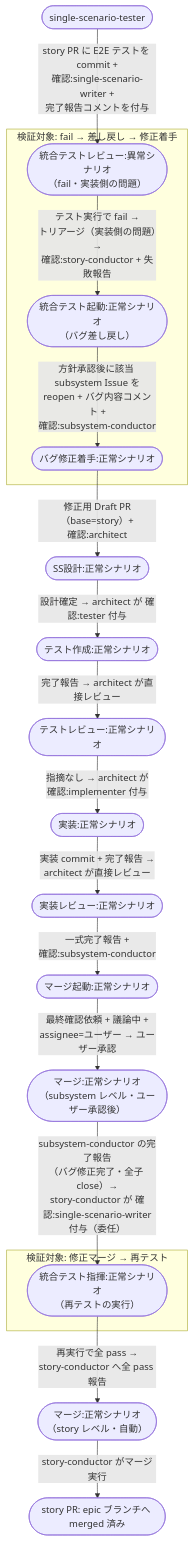
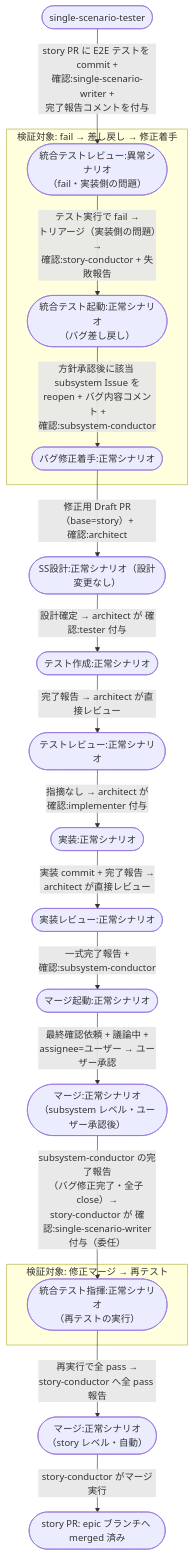
One commit to shuhei1101/ai-monitor changed the diagram in docs/wiki/設計図/シナリオ/複合ユースケース/統合テスト失敗からのバグ修正.md. Above: the diagram before and after it, drawn with Mermaid. The commit also changed 75 other files, not shown here.

````diff
--- a/docs/wiki/設計図/シナリオ/複合ユースケース/統合テスト失敗からのバグ修正.md
+++ b/docs/wiki/設計図/シナリオ/複合ユースケース/統合テスト失敗からのバグ修正.md
@@ -28,38 +28,38 @@
 ```mermaid
 flowchart TD
   A0([single-scenario-tester]) -->|story PR に E2E テストを commit +<br>確認:single-scenario-writer +<br>完了報告コメントを付与| UC1
 
   subgraph FOCUS1["検証対象: fail → 差し戻し → 修正着手"]
     UC1([統合テストレビュー:異常シナリオ<br>（fail・実装側の問題）]) -->|テスト実行で fail →<br>トリアージ（実装側の問題）→<br>確認:story-conductor + 失敗報告| UC1C([統合テスト起動:正常シナリオ<br>（バグ差し戻し）])
     UC1C -->|方針承認後に該当 subsystem Issue を<br>reopen + バグ内容コメント +<br>確認:subsystem-conductor| UC2([バグ修正着手:正常シナリオ])
   end
 
-  UC2 -->|修正用 Draft PR（base=story）+<br>確認:architect| UC4([SS設計:正常シナリオ])
+  UC2 -->|修正用 Draft PR（base=story）+<br>確認:architect| UC4([SS設計:正常シナリオ（設計変更なし）])
   UC4 -->|設計確定 → architect が 確認:tester 付与| UC5([テスト作成:正常シナリオ])
   UC5 -->|完了報告 → architect が直接レビュー| UC5B([テストレビュー:正常シナリオ])
   UC5B -->|指摘なし → architect が<br>確認:implementer 付与| UC6([実装:正常シナリオ])
   UC6 -->|実装 commit + 完了報告 →<br>architect が直接レビュー| UC7([実装レビュー:正常シナリオ])
   UC7 -->|一式完了報告 +<br>確認:subsystem-conductor| UC7B([マージ起動:正常シナリオ])
   UC7B -->|最終確認依頼 + 議論中 +<br>assignee=ユーザー → ユーザー承認| UC8([マージ:正常シナリオ<br>（subsystem レベル・ユーザー承認後）])
   UC8 -->|subsystem-conductor の完了報告<br>（バグ修正完了・全子 close）→<br>story-conductor が 確認:single-scenario-writer<br>付与（委任）| UC9A
 
   subgraph FOCUS2["検証対象: 修正マージ → 再テスト"]
     UC9A([統合テスト指揮:正常シナリオ<br>（再テストの実行）])
   end
 
   UC9A -->|再実行で全 pass →<br>story-conductor へ全 pass 報告| UC10([マージ:正常シナリオ<br>（story レベル・自動）])
   UC10 -->|story-conductor がマージ実行| DONE([story PR: epic ブランチへ merged 済み])
 
   click UC1 "../単一ユースケース/統合テストレビュー.md#異常シナリオfail実装側の問題"
   click UC1C "../単一ユースケース/統合テスト起動.md#正常シナリオバグ差し戻し"
   click UC2 "../単一ユースケース/バグ修正着手.md#正常シナリオ"
-  click UC4 "../単一ユースケース/SS設計.md#正常シナリオ"
+  click UC4 "../単一ユースケース/SS設計.md#正常シナリオ設計変更なし"
   click UC5 "../単一ユースケース/テスト作成.md#正常シナリオ"
   click UC5B "../単一ユースケース/テストレビュー.md#正常シナリオ"
   click UC6 "../単一ユースケース/実装.md#正常シナリオ"
   click UC7 "../単一ユースケース/実装レビュー.md#正常シナリオ"
   click UC7B "../単一ユースケース/マージ起動.md#正常シナリオ"
   click UC8 "../単一ユースケース/マージ.md#正常シナリオsubsystem-レベルユーザー承認後"
   click UC9A "../単一ユースケース/統合テスト指揮.md#正常シナリオ再テストの実行"
   click UC10 "../単一ユースケース/マージ.md#正常シナリオstory-レベル自動"
 ```
````
